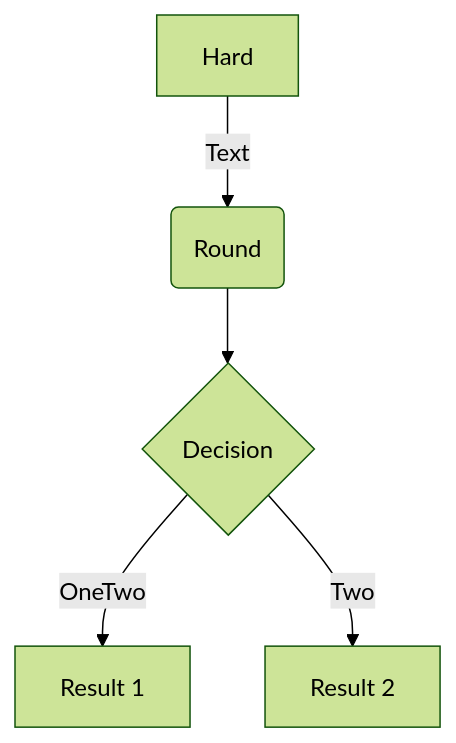
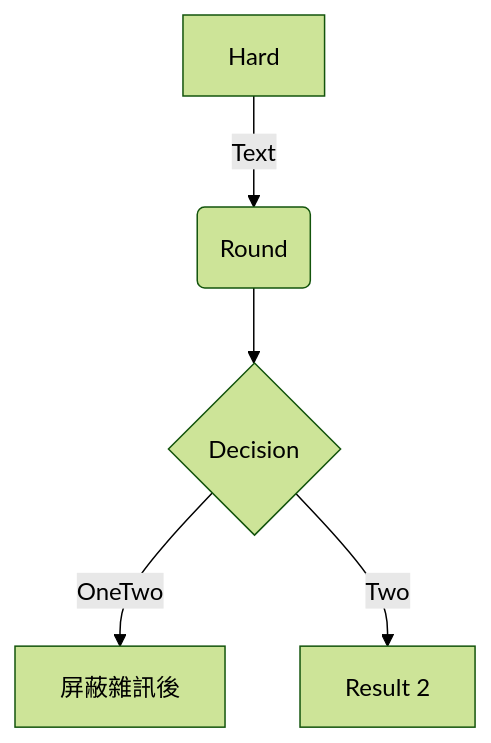
Before and after one commit to JasonYeongg/CariesDetection: the first of 2 diagrams in Edge Frame Detection/README.md, drawn with Mermaid (forest theme).

````diff
--- a/Edge Frame Detection/README.md
+++ b/Edge Frame Detection/README.md
@@ -63,7 +63,7 @@
 ```mermaid
 flowchart TD
 A[Hard] -->|Text| B(Round)
 B --> C{Decision}
-C -->|OneTwo| D[Result 1]
+C -->|OneTwo| D[屏蔽雜訊後]
 C -->|Two| E[Result 2]
 ```
````
